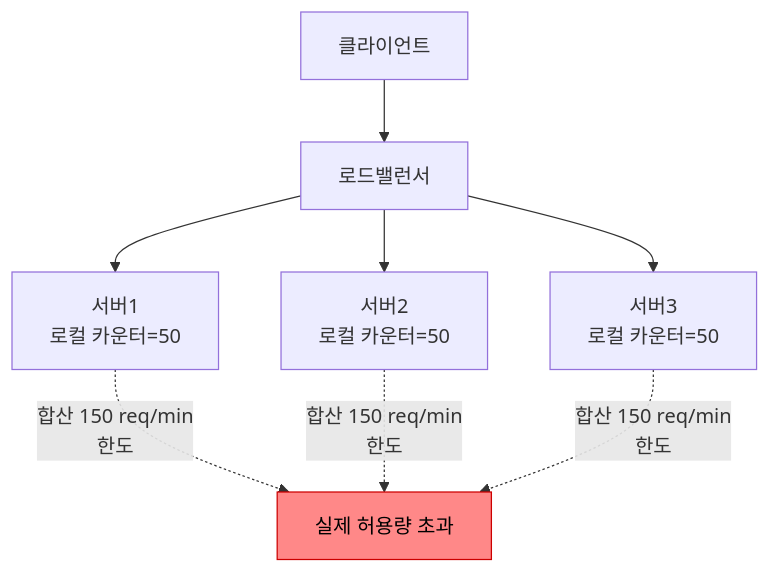
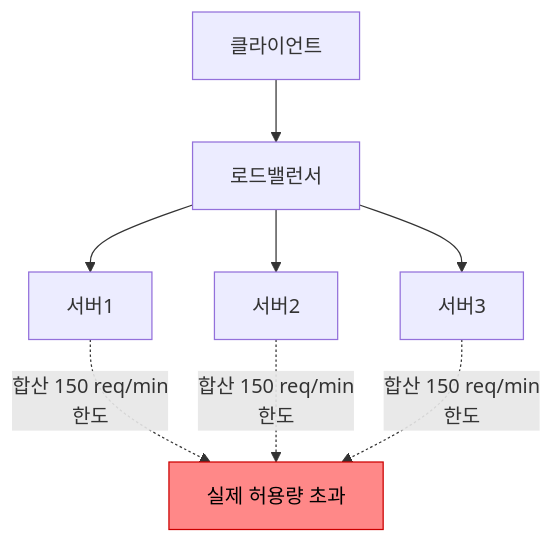
Before and after one commit to yjkim2015/yjkim2015.github.io: the ninth of 13 diagrams in _posts/spring/2026-05-01-rate-limiting.md, drawn with Mermaid. The commit also changed other lines of this file and 217 other files, not shown here.

First line of the commit message:
Mermaid 크기 수정: useMaxWidth:true + SVG max-width:100% + 라벨 축소

````diff
--- a/_posts/spring/2026-05-01-rate-limiting.md
+++ b/_posts/spring/2026-05-01-rate-limiting.md
@@ -695,9 +695,9 @@
 ```mermaid
 graph TD
     C["클라이언트"] --> LB["로드밸런서"]
-    LB --> S1["서버1\n로컬 카운터=50"]
-    LB --> S2["서버2\n로컬 카운터=50"]
-    LB --> S3["서버3\n로컬 카운터=50"]
+    LB --> S1["서버1"]
+    LB --> S2["서버2"]
+    LB --> S3["서버3"]
     S1 & S2 & S3 -.->|"합산 150 req/min\n한도"| WARN["실제 허용량 초과"]
     style WARN fill:#f88,stroke:#c00,color:#000
 ```
````
